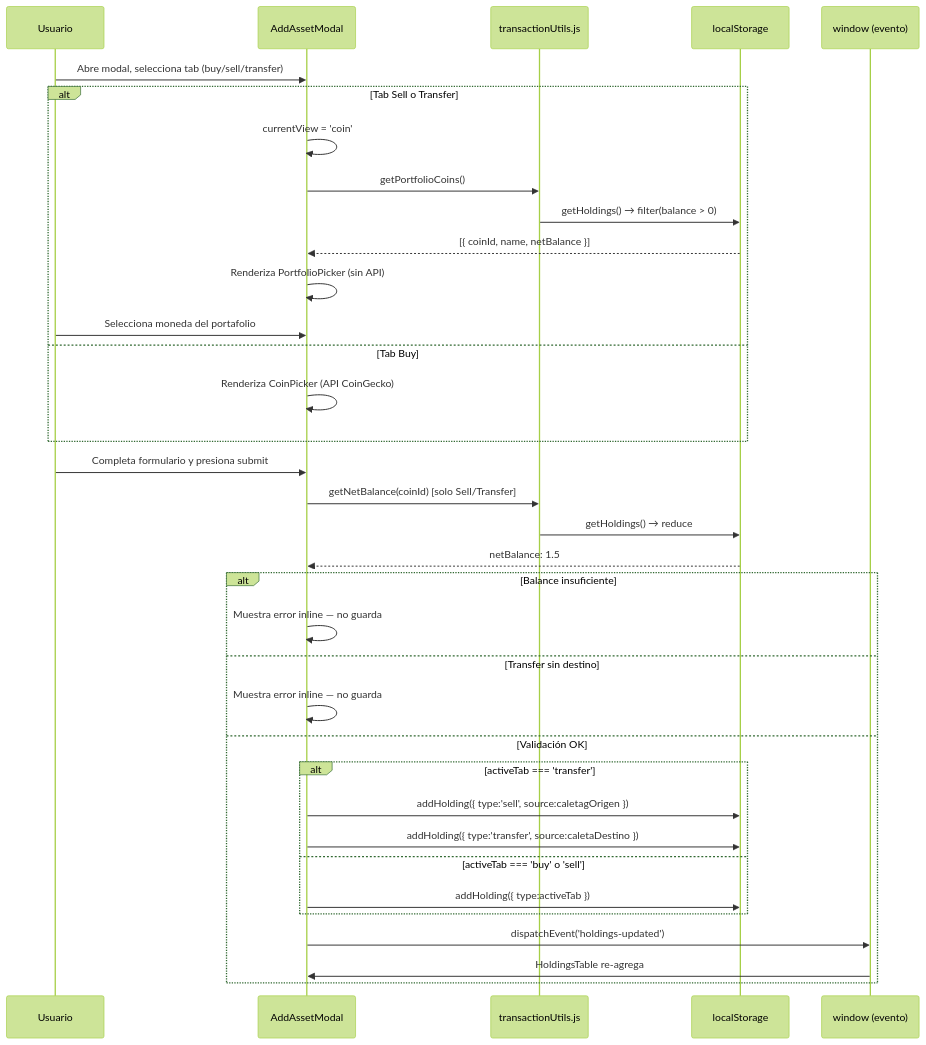
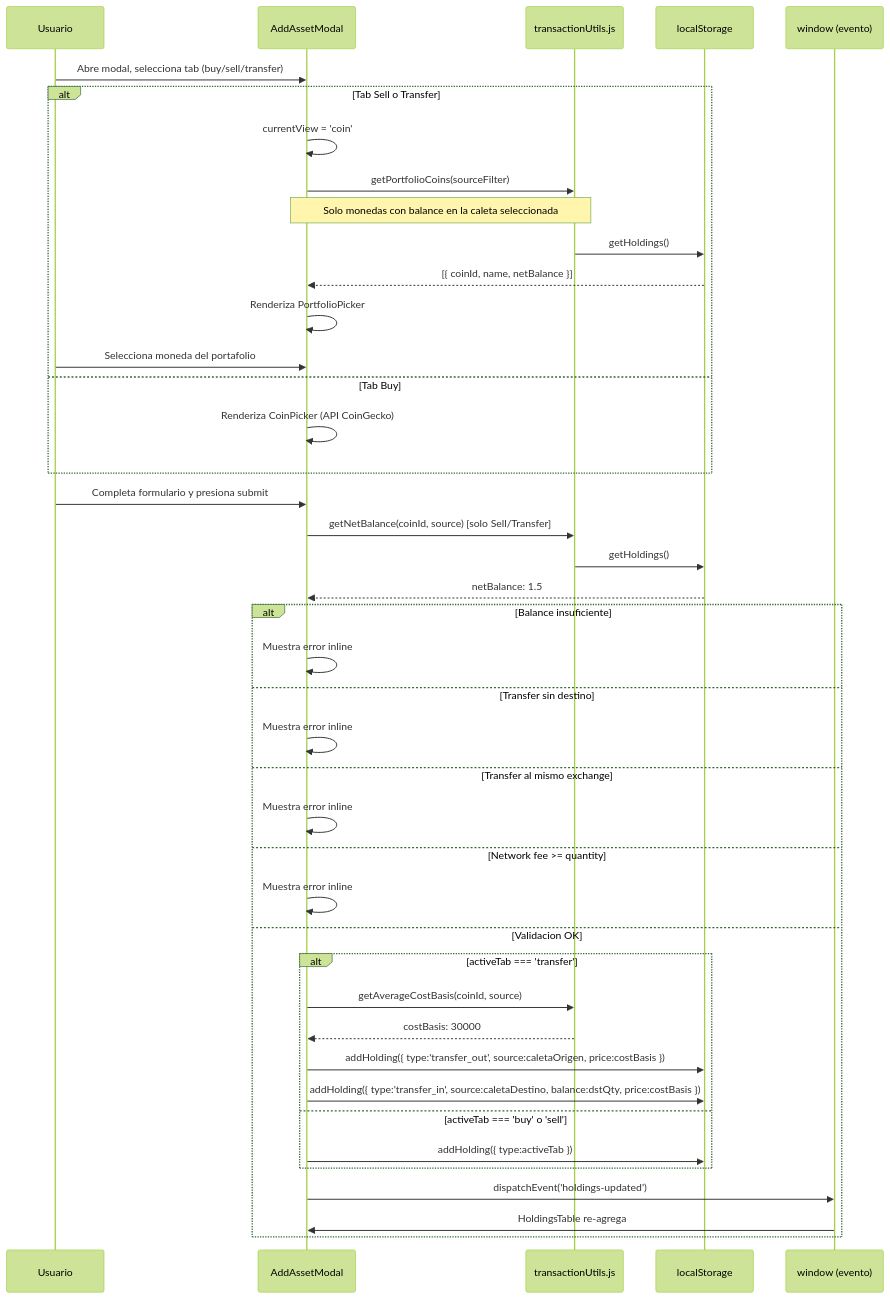
Before and after one commit to EdGonzz/caletaJS: the ninth of 11 diagrams in docs/arquitectura/flujo-de-datos.md, drawn with Mermaid (forest theme). The commit also changed other lines of this file and 6 other files, not shown here.

````diff
--- a/docs/arquitectura/flujo-de-datos.md
+++ b/docs/arquitectura/flujo-de-datos.md
@@ -255,41 +255,49 @@
 ```mermaid
 sequenceDiagram
     participant U as Usuario
     participant M as AddAssetModal
     participant TU as transactionUtils.js
     participant LS as localStorage
     participant W as window (evento)
 
     U->>M: Abre modal, selecciona tab (buy/sell/transfer)
 
     alt Tab Sell o Transfer
         M->>M: currentView = 'coin'
-        M->>TU: getPortfolioCoins()
-        TU->>LS: getHoldings() → filter(balance > 0)
+        M->>TU: getPortfolioCoins(sourceFilter)
+        Note over M,TU: Solo monedas con balance en la caleta seleccionada
+        TU->>LS: getHoldings()
         LS-->>M: [{ coinId, name, netBalance }]
-        M->>M: Renderiza PortfolioPicker (sin API)
+        M->>M: Renderiza PortfolioPicker
         U->>M: Selecciona moneda del portafolio
     else Tab Buy
         M->>M: Renderiza CoinPicker (API CoinGecko)
     end
 
     U->>M: Completa formulario y presiona submit
-    M->>TU: getNetBalance(coinId)  [solo Sell/Transfer]
-    TU->>LS: getHoldings() → reduce
+
+    M->>TU: getNetBalance(coinId, source)  [solo Sell/Transfer]
+    TU->>LS: getHoldings()
     LS-->>M: netBalance: 1.5
 
     alt Balance insuficiente
-        M->>M: Muestra error inline — no guarda
+        M->>M: Muestra error inline
     else Transfer sin destino
-        M->>M: Muestra error inline — no guarda
-    else Validación OK
+        M->>M: Muestra error inline
+    else Transfer al mismo exchange
+        M->>M: Muestra error inline
+    else Network fee >= quantity
+        M->>M: Muestra error inline
+    else Validacion OK
         alt activeTab === 'transfer'
-            M->>LS: addHolding({ type:'sell', source:caletagOrigen })
-            M->>LS: addHolding({ type:'transfer', source:caletaDestino })
+            M->>TU: getAverageCostBasis(coinId, source)
+            TU-->>M: costBasis: 30000
+            M->>LS: addHolding({ type:'transfer_out', source:caletaOrigen, price:costBasis })
+            M->>LS: addHolding({ type:'transfer_in', source:caletaDestino, balance:dstQty, price:costBasis })
         else activeTab === 'buy' o 'sell'
             M->>LS: addHolding({ type:activeTab })
         end
         M->>W: dispatchEvent('holdings-updated')
         W->>M: HoldingsTable re-agrega
     end
 ```
````
